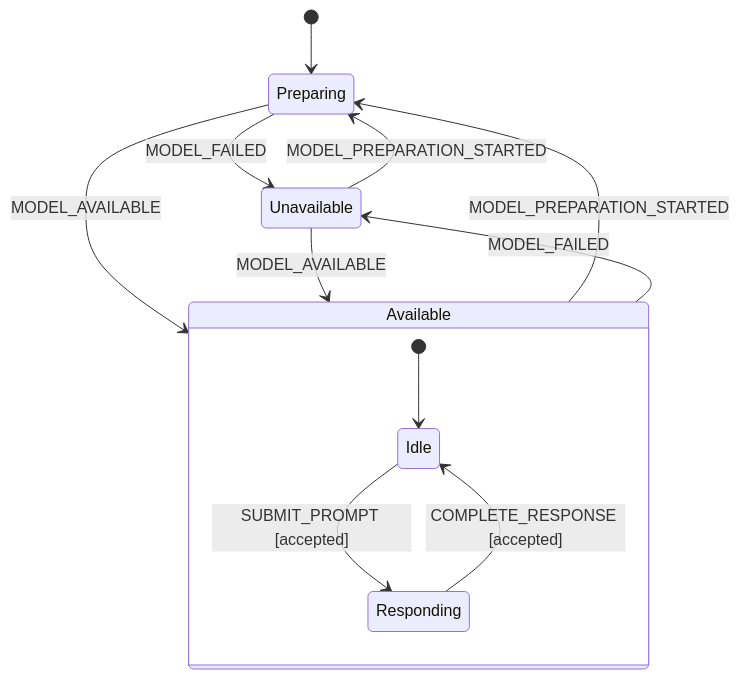
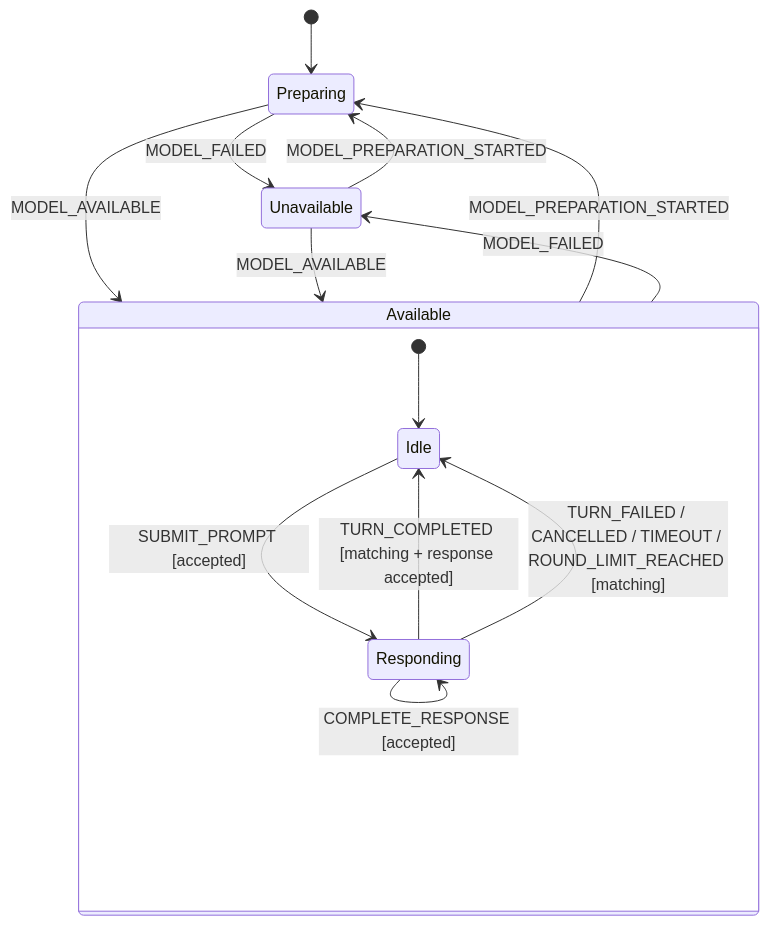
Before and after one commit to 0xjcf/ignite-element: the first of 4 diagrams in examples/agents/voice-workbench/README.md, drawn with Mermaid. The commit also changed other lines of this file, not shown here.

````diff
--- a/examples/agents/voice-workbench/README.md
+++ b/examples/agents/voice-workbench/README.md
@@ -305,17 +316,19 @@
 ```mermaid
 stateDiagram-v2
     [*] --> Preparing
     Preparing --> Available: MODEL_AVAILABLE
     Preparing --> Unavailable: MODEL_FAILED
     Unavailable --> Preparing: MODEL_PREPARATION_STARTED
     Unavailable --> Available: MODEL_AVAILABLE
 
     state Available {
         [*] --> Idle
         Idle --> Responding: SUBMIT_PROMPT [accepted]
-        Responding --> Idle: COMPLETE_RESPONSE [accepted]
+        Responding --> Responding: COMPLETE_RESPONSE [accepted]
+        Responding --> Idle: TURN_COMPLETED [matching + response accepted]
+        Responding --> Idle: TURN_FAILED / CANCELLED / TIMEOUT / ROUND_LIMIT_REACHED [matching]
     }
 
     Available --> Preparing: MODEL_PREPARATION_STARTED
     Available --> Unavailable: MODEL_FAILED
 ```
````
